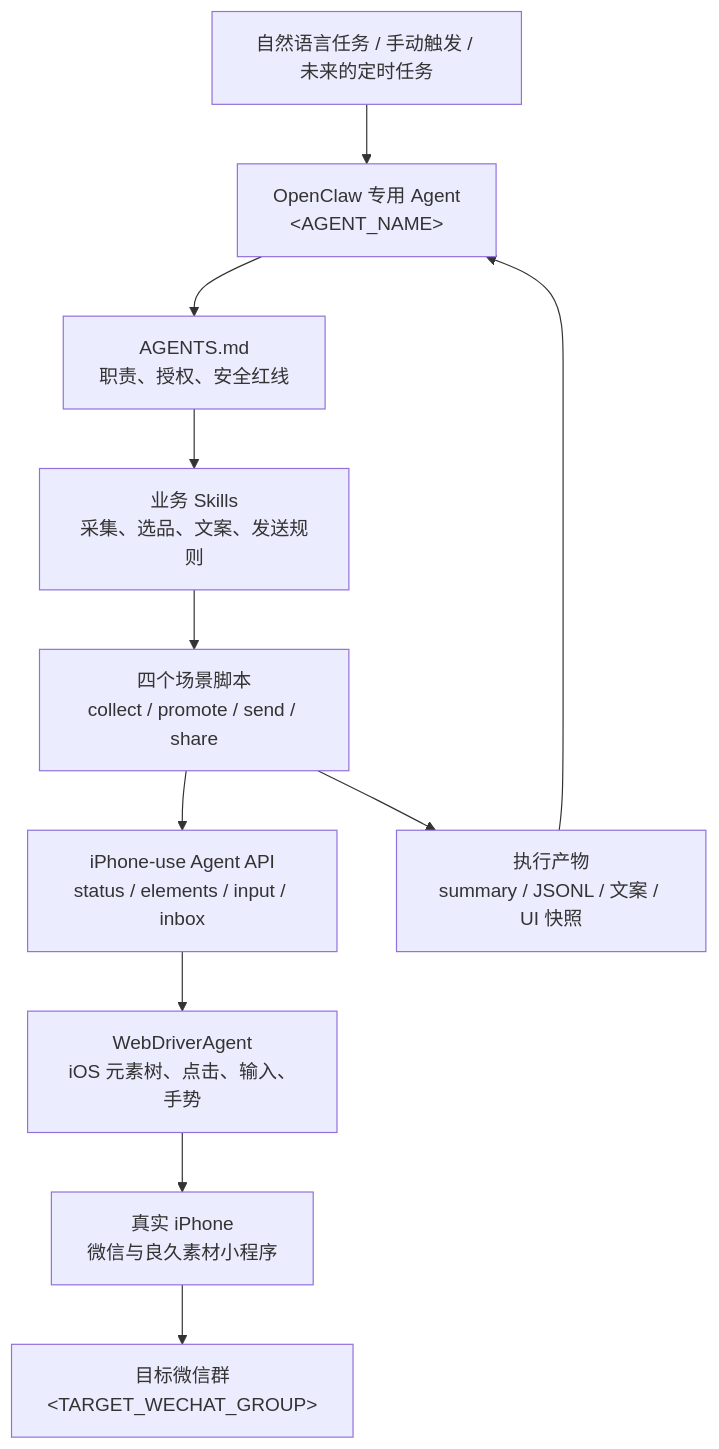
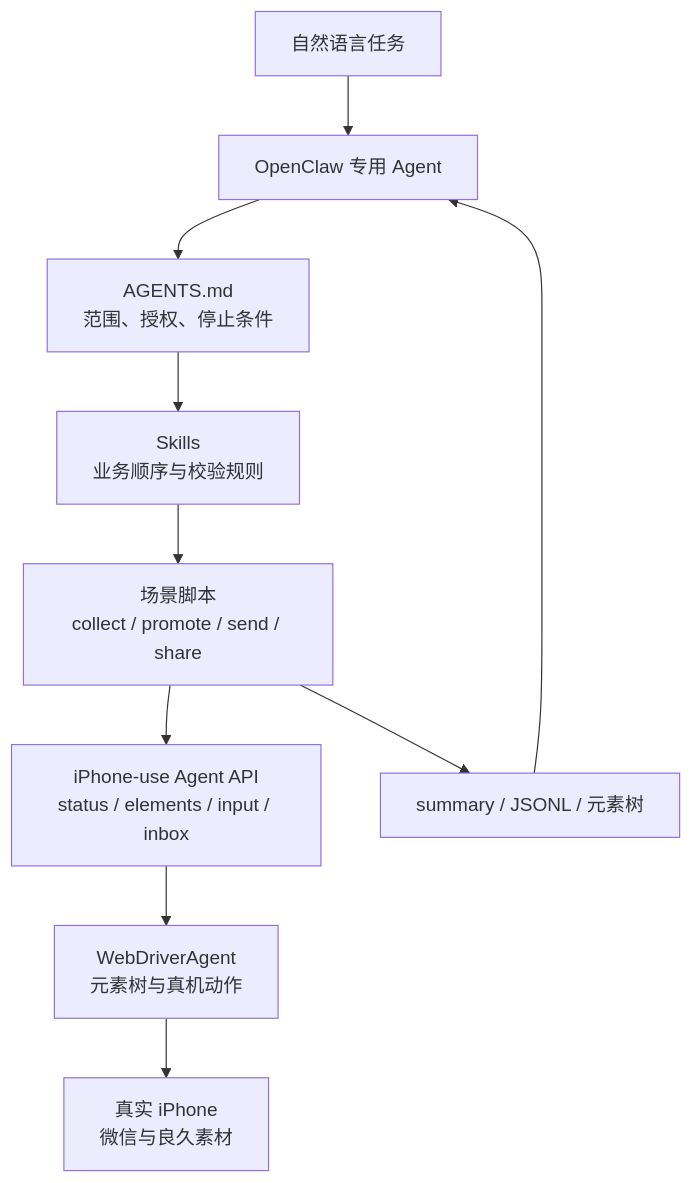
The first of 2 diagrams in ai/Using OpenClaw iPhone-use and WDA to automate Liangjiu WeChat promotion.md (Garden12138/notes), drawn with Mermaid before and after one commit. The commit also changed other lines of this file and 11 other files, not shown here.

````diff
--- a/ai/Using OpenClaw iPhone-use and WDA to automate Liangjiu WeChat promotion.md
+++ b/ai/Using OpenClaw iPhone-use and WDA to automate Liangjiu WeChat promotion.md
@@ -74,13 +51,12 @@
 ```mermaid
 flowchart TD
-    A["自然语言任务 / 手动触发 / 未来的定时任务"] --> B["OpenClaw 专用 Agent<br/>&lt;AGENT_NAME&gt;"]
-    B --> C["AGENTS.md<br/>职责、授权、安全红线"]
-    C --> D["业务 Skills<br/>采集、选品、文案、发送规则"]
-    D --> E["四个场景脚本<br/>collect / promote / send / share"]
+    A["自然语言任务"] --> B["OpenClaw 专用 Agent"]
+    B --> C["AGENTS.md<br/>范围、授权、停止条件"]
+    C --> D["Skills<br/>业务顺序与校验规则"]
+    D --> E["场景脚本<br/>collect / promote / send / share"]
     E --> F["iPhone-use Agent API<br/>status / elements / input / inbox"]
-    F --> G["WebDriverAgent<br/>iOS 元素树、点击、输入、手势"]
-    G --> H["真实 iPhone<br/>微信与良久素材小程序"]
-    H --> I["目标微信群<br/>&lt;TARGET_WECHAT_GROUP&gt;"]
-    E --> J["执行产物<br/>summary / JSONL / 文案 / UI 快照"]
-    J --> B
+    F --> G["WebDriverAgent<br/>元素树与真机动作"]
+    G --> H["真实 iPhone<br/>微信与良久素材"]
+    E --> I["summary / JSONL / 元素树"]
+    I --> B
 ```
````
